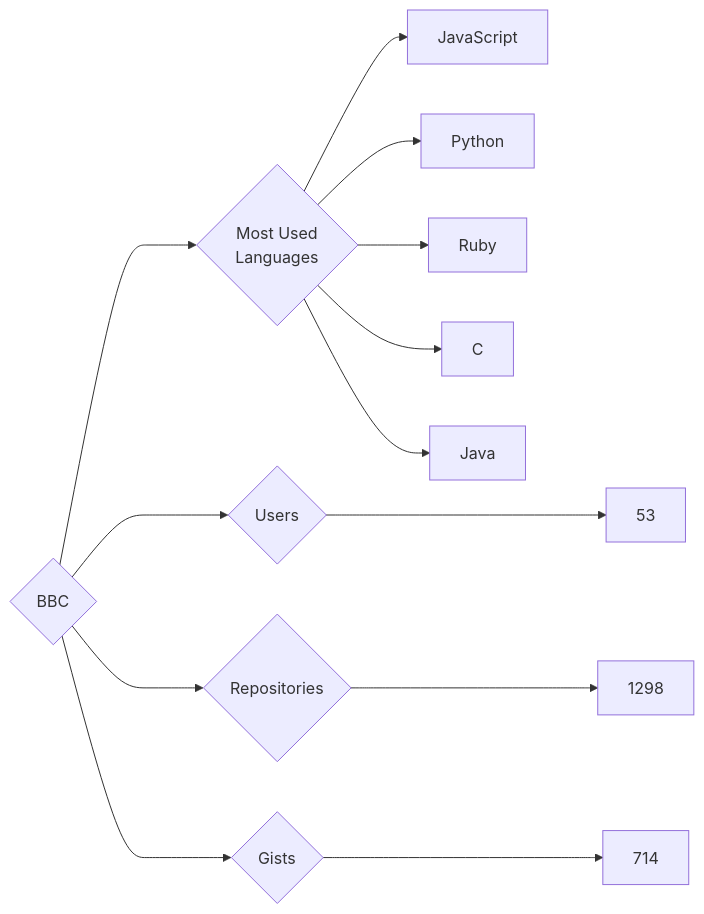
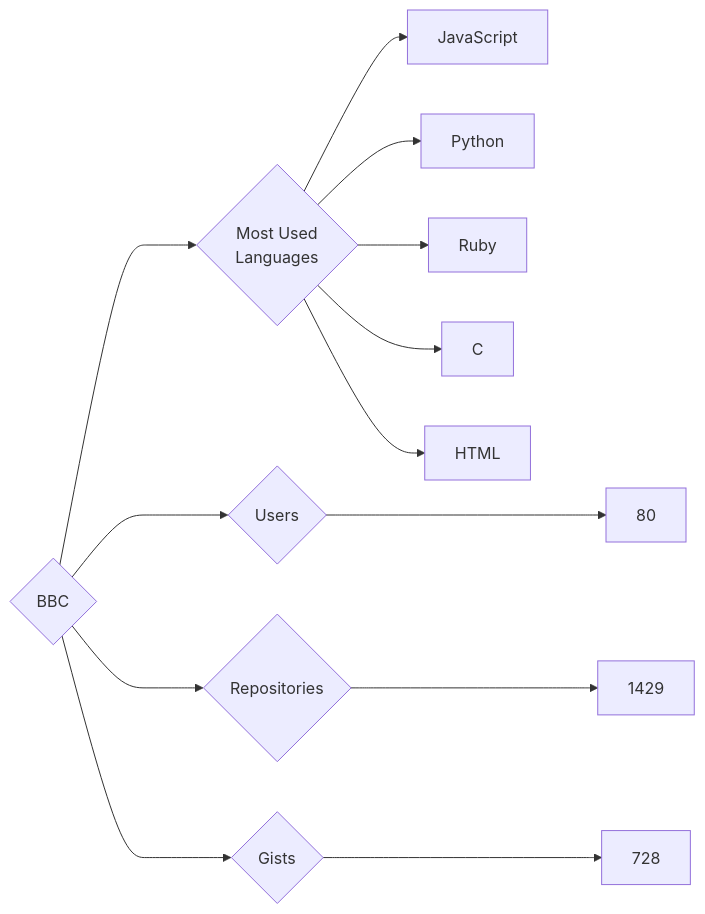
The diagram in targets/BBC/README.md (trickest/insiders), drawn with Mermaid before and after one commit. The commit also changed 873 other files, not shown here.

````diff
--- a/targets/BBC/README.md
+++ b/targets/BBC/README.md
@@ -3,13 +3,13 @@
 ```mermaid
 graph LR
 COMPANY_NAME{BBC}
-COMPANY_NAME ---> U{Users} ---> UN[53]
-COMPANY_NAME ---> R{Repositories} ---> RN[1298]
-COMPANY_NAME ---> G{Gists} ---> GN[714]
+COMPANY_NAME ---> U{Users} ---> UN[80]
+COMPANY_NAME ---> R{Repositories} ---> RN[1429]
+COMPANY_NAME ---> G{Gists} ---> GN[728]
 COMPANY_NAME ---> ML{Most Used<br>Languages}
 ML --> JavaScript[JavaScript]
 ML --> Python[Python]
 ML --> Ruby[Ruby]
 ML --> C[C]
-ML --> Java[Java]
+ML --> HTML[HTML]
 ```
````
